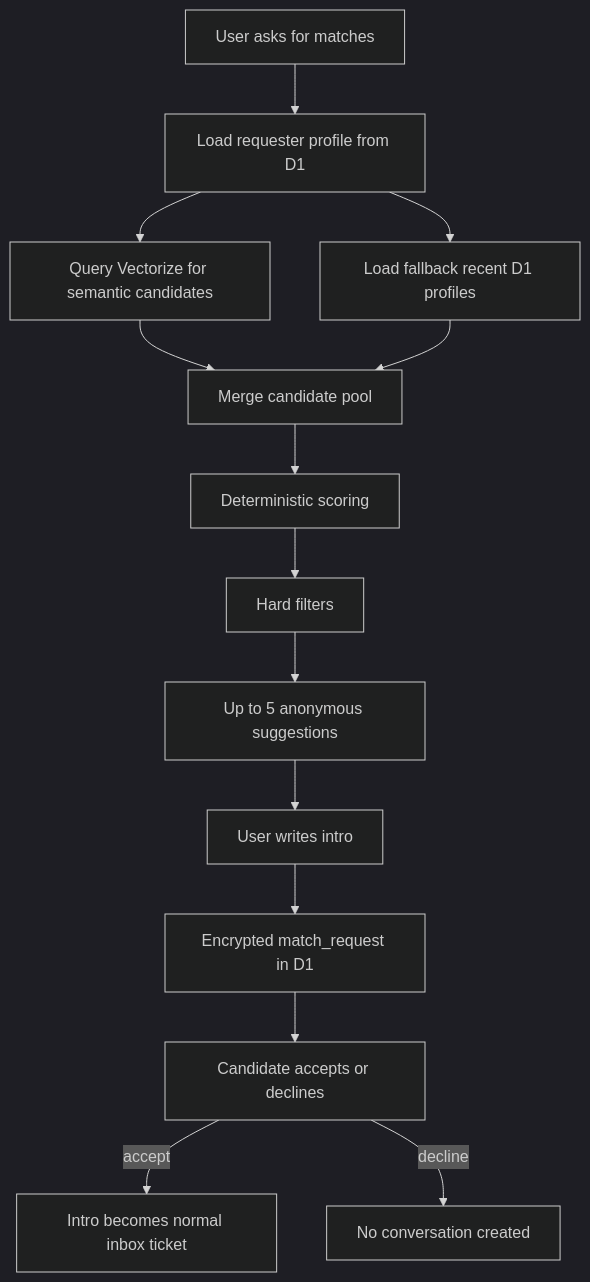
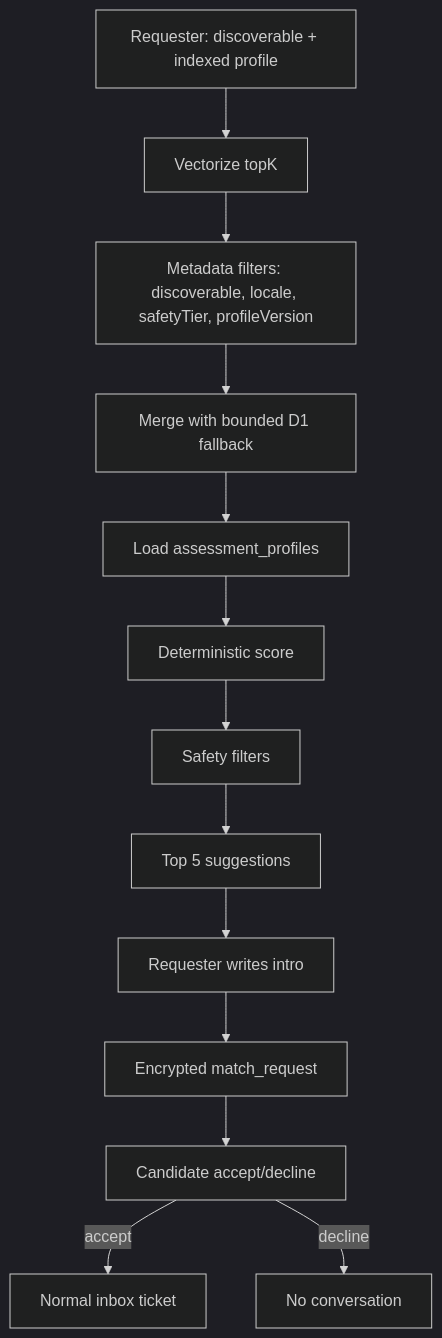
Before and after one commit to mohetios/mohetios.dev: the third of 4 diagrams in content/fa/lab/anonymous-messaging-on-the-edge.md, drawn with Mermaid (dark theme). The commit also changed other lines of this file and 31 other files, not shown here.

````diff
--- a/content/fa/lab/anonymous-messaging-on-the-edge.md
+++ b/content/fa/lab/anonymous-messaging-on-the-edge.md
@@ -521,16 +437,15 @@
 ```mermaid
 flowchart TD
-  A["User asks for matches"] --> B["Load requester profile from D1"]
-  B --> C["Query Vectorize for semantic candidates"]
-  B --> D["Load fallback recent D1 profiles"]
-  C --> E["Merge candidate pool"]
-  D --> E
-  E --> F["Deterministic scoring"]
-  F --> G["Hard filters"]
-  G --> H["Up to 5 anonymous suggestions"]
-  H --> I["User writes intro"]
-  I --> J["Encrypted match_request in D1"]
-  J --> K["Candidate accepts or declines"]
-  K -->|accept| L["Intro becomes normal inbox ticket"]
-  K -->|decline| M["No conversation created"]
+  A[Requester: discoverable + indexed profile] --> B[Vectorize topK]
+  B --> C[Metadata filters: discoverable, locale, safetyTier, profileVersion]
+  C --> D[Merge with bounded D1 fallback]
+  D --> E[Load assessment_profiles]
+  E --> F[Deterministic score]
+  F --> G[Safety filters]
+  G --> H[Top 5 suggestions]
+  H --> I[Requester writes intro]
+  I --> J[Encrypted match_request]
+  J --> K[Candidate accept/decline]
+  K -->|accept| L[Normal inbox ticket]
+  K -->|decline| M[No conversation]
 ```
````
